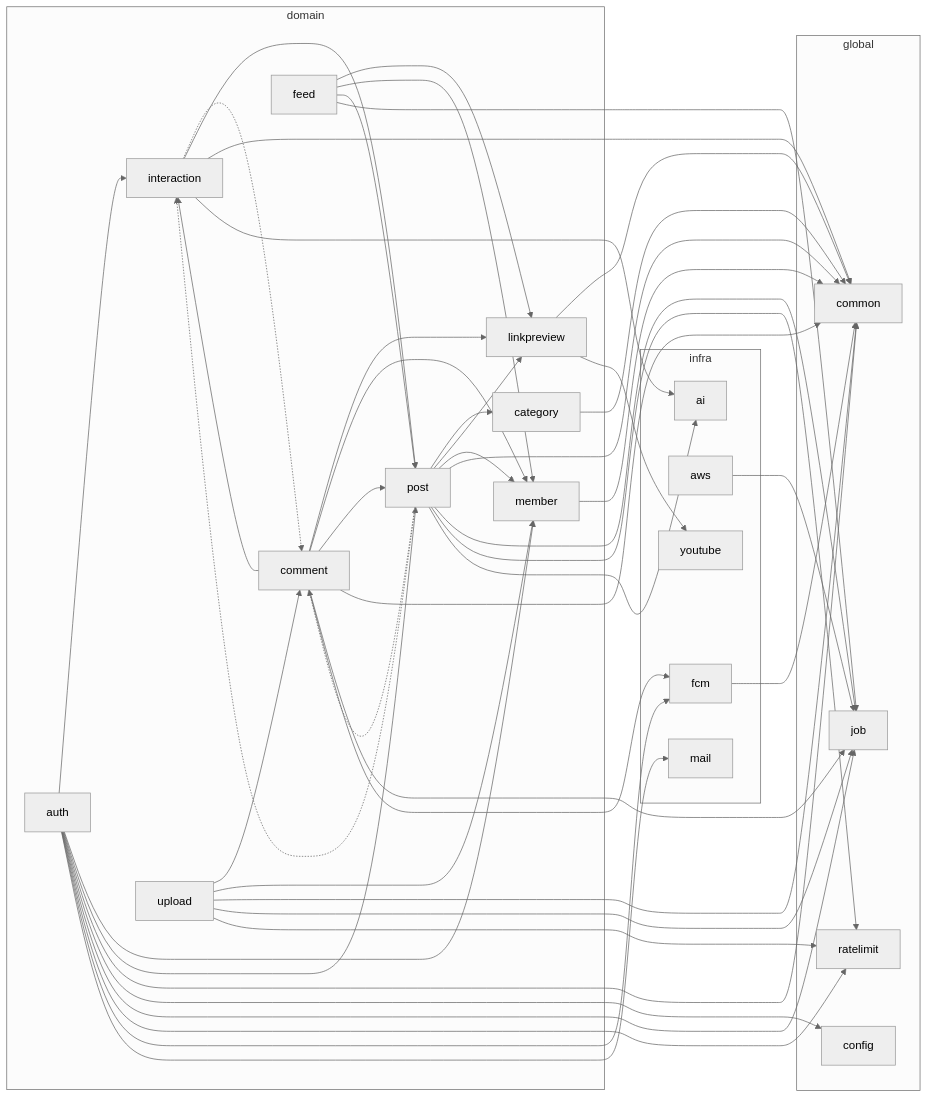
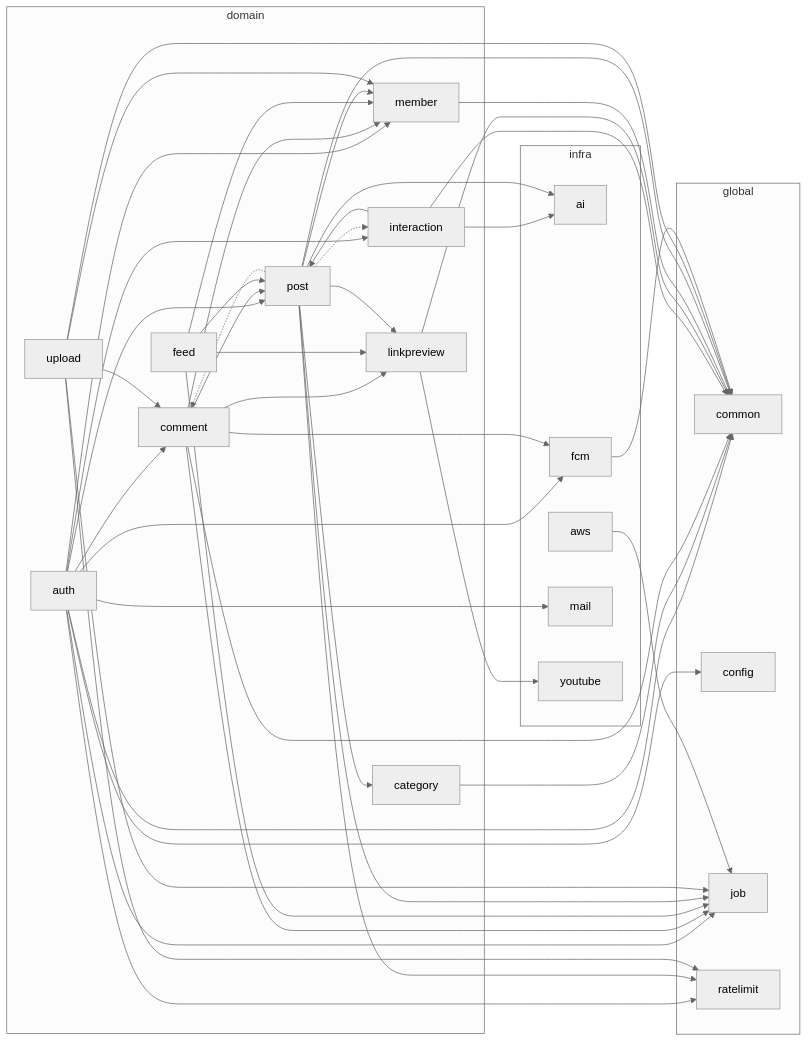
The second of 4 diagrams in docs/BE-ARCHITECTURE.md (BAECHAN/link-sphere_BE_NEW), drawn with Mermaid (neutral theme) before and after one commit. The commit also changed other lines of this file and 20 other files, not shown here.

````diff
--- a/docs/BE-ARCHITECTURE.md
+++ b/docs/BE-ARCHITECTURE.md
@@ -91,71 +91,70 @@
 ```mermaid
 flowchart LR
   subgraph domain
     domain_auth["auth"]
     domain_category["category"]
     domain_comment["comment"]
     domain_feed["feed"]
     domain_interaction["interaction"]
     domain_linkpreview["linkpreview"]
     domain_member["member"]
     domain_post["post"]
     domain_upload["upload"]
   end
   subgraph global
     global_common["common"]
     global_config["config"]
     global_job["job"]
     global_ratelimit["ratelimit"]
   end
   subgraph infra
     infra_ai["ai"]
     infra_aws["aws"]
     infra_fcm["fcm"]
     infra_mail["mail"]
     infra_youtube["youtube"]
   end
+  domain_auth --> domain_comment
   domain_auth --> domain_interaction
   domain_auth --> domain_member
   domain_auth --> domain_post
   domain_auth --> global_common
   domain_auth --> global_config
   domain_auth --> global_job
   domain_auth --> global_ratelimit
   domain_auth --> infra_fcm
   domain_auth --> infra_mail
   domain_category --> global_common
-  domain_comment --> domain_interaction
   domain_comment --> domain_linkpreview
   domain_comment --> domain_member
   domain_comment --> domain_post
   domain_comment --> global_common
   domain_comment --> global_job
   domain_comment --> infra_fcm
   domain_feed --> domain_linkpreview
   domain_feed --> domain_member
   domain_feed --> domain_post
   domain_feed --> global_job
-  domain_interaction -.-> domain_comment
   domain_interaction --> domain_post
   domain_interaction --> global_common
   domain_interaction --> infra_ai
   domain_linkpreview --> global_common
   domain_linkpreview --> infra_youtube
   domain_member --> global_common
   domain_post --> domain_category
   domain_post -.-> domain_comment
   domain_post -.-> domain_interaction
   domain_post --> domain_linkpreview
   domain_post --> domain_member
   domain_post --> global_common
   domain_post --> global_job
   domain_post --> global_ratelimit
   domain_post --> infra_ai
   domain_upload --> domain_comment
   domain_upload --> domain_member
   domain_upload --> global_common
   domain_upload --> global_job
   domain_upload --> global_ratelimit
   infra_aws --> global_job
   infra_fcm --> global_common
 ```
````
